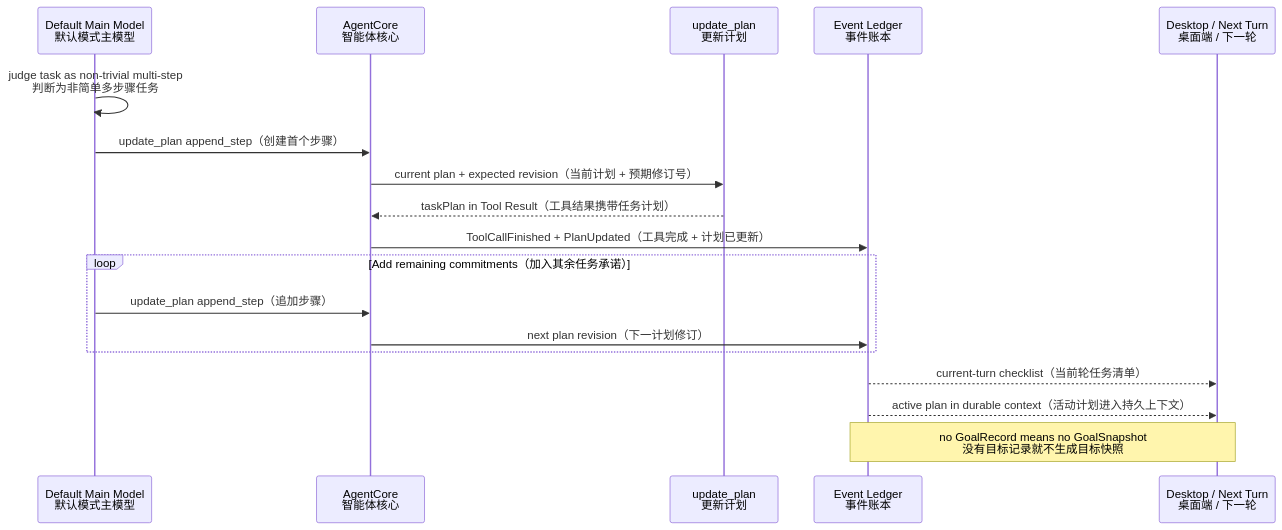
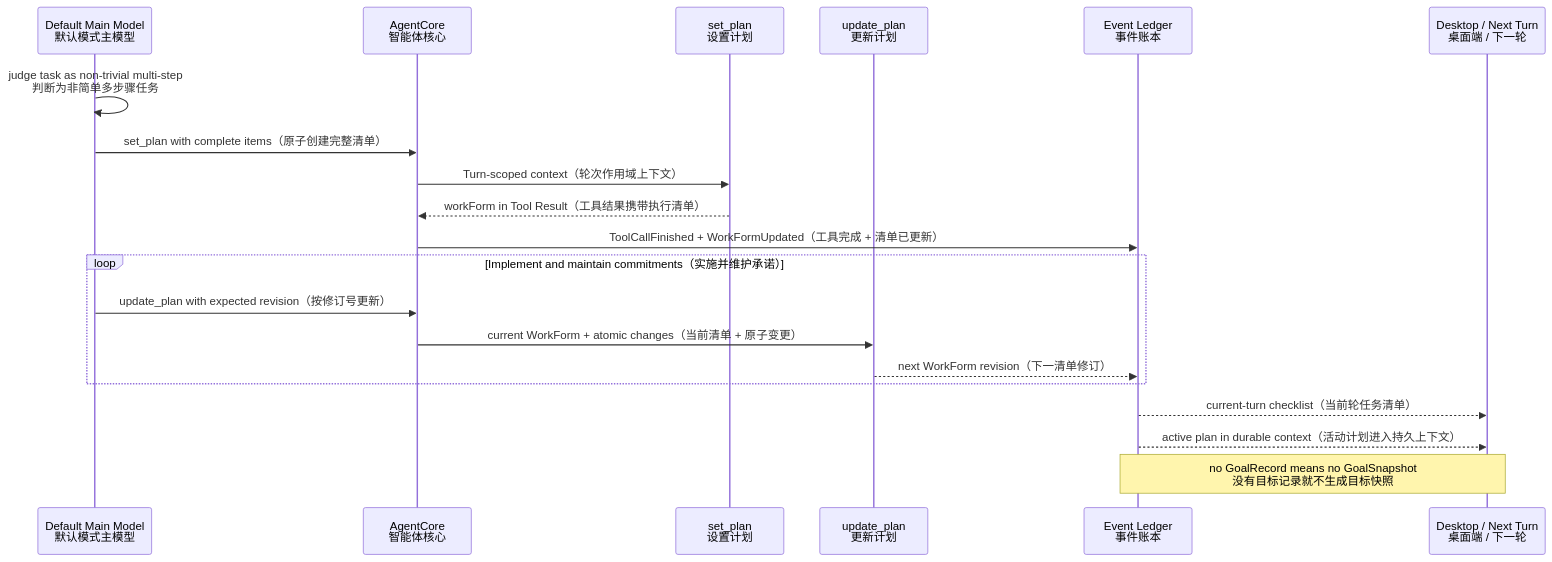
The third of 10 diagrams in docs/planning-tools-architecture-current.md (StagoMax/OpenTopia), drawn with Mermaid before and after one commit. The commit also changed other lines of this file and 6 other files, not shown here.

Commit message:
docs: record runtime architecture and audit workflow

````diff
--- a/docs/planning-tools-architecture-current.md
+++ b/docs/planning-tools-architecture-current.md
@@ -162,21 +161,23 @@
 ```mermaid
 sequenceDiagram
     participant M as Default Main Model<br/>默认模式主模型
     participant A as AgentCore<br/>智能体核心
+    participant S as set_plan<br/>设置计划
     participant U as update_plan<br/>更新计划
     participant E as Event Ledger<br/>事件账本
     participant D as Desktop / Next Turn<br/>桌面端 / 下一轮
 
     M->>M: judge task as non-trivial multi-step<br/>判断为非简单多步骤任务
-    M->>A: update_plan append_step（创建首个步骤）
-    A->>U: current plan + expected revision（当前计划 + 预期修订号）
-    U-->>A: taskPlan in Tool Result（工具结果携带任务计划）
-    A->>E: ToolCallFinished + PlanUpdated（工具完成 + 计划已更新）
-    loop Add remaining commitments（加入其余任务承诺）
-        M->>A: update_plan append_step（追加步骤）
-        A->>E: next plan revision（下一计划修订）
+    M->>A: set_plan with complete items（原子创建完整清单）
+    A->>S: Turn-scoped context（轮次作用域上下文）
+    S-->>A: workForm in Tool Result（工具结果携带执行清单）
+    A->>E: ToolCallFinished + WorkFormUpdated（工具完成 + 清单已更新）
+    loop Implement and maintain commitments（实施并维护承诺）
+        M->>A: update_plan with expected revision（按修订号更新）
+        A->>U: current WorkForm + atomic changes（当前清单 + 原子变更）
+        U-->>E: next WorkForm revision（下一清单修订）
     end
     E-->>D: current-turn checklist（当前轮任务清单）
     E-->>D: active plan in durable context（活动计划进入持久上下文）
     Note over E,D: no GoalRecord means no GoalSnapshot<br/>没有目标记录就不生成目标快照
 ```
````
